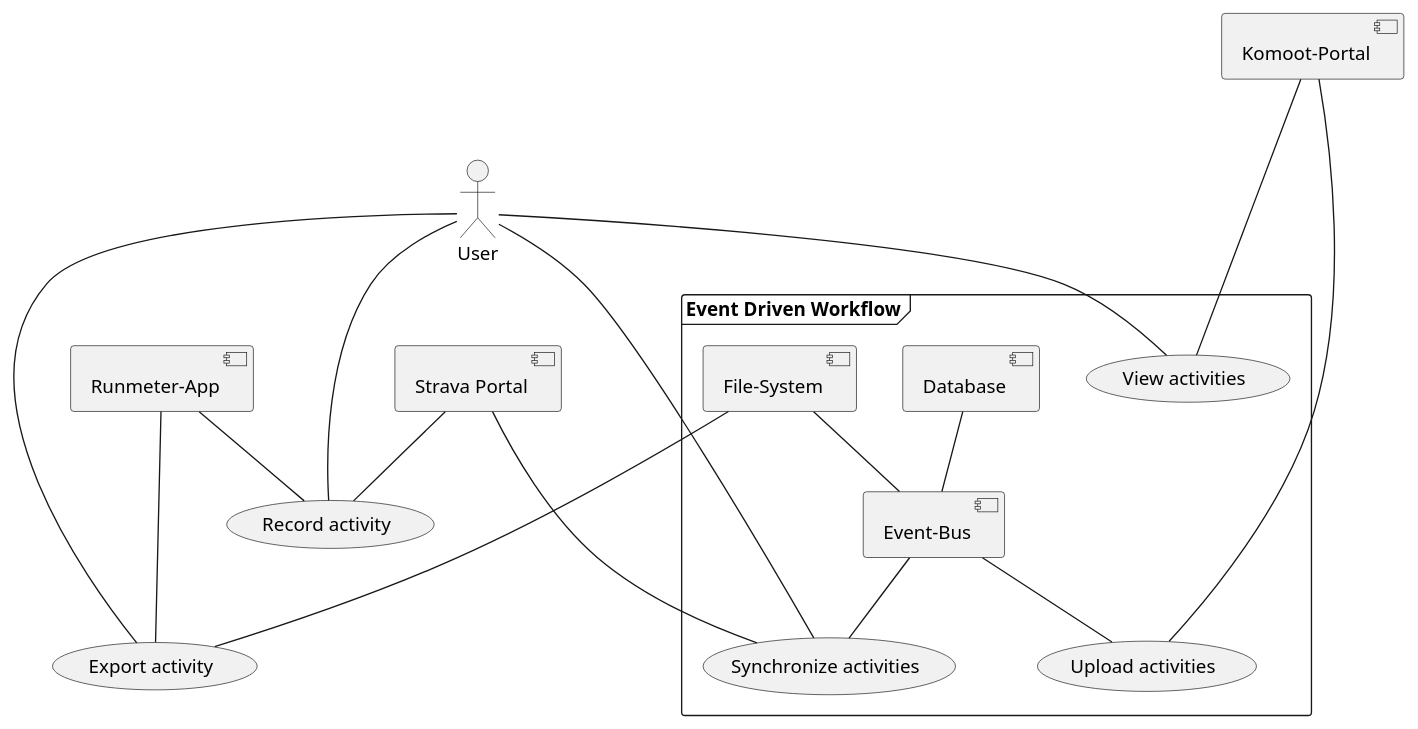
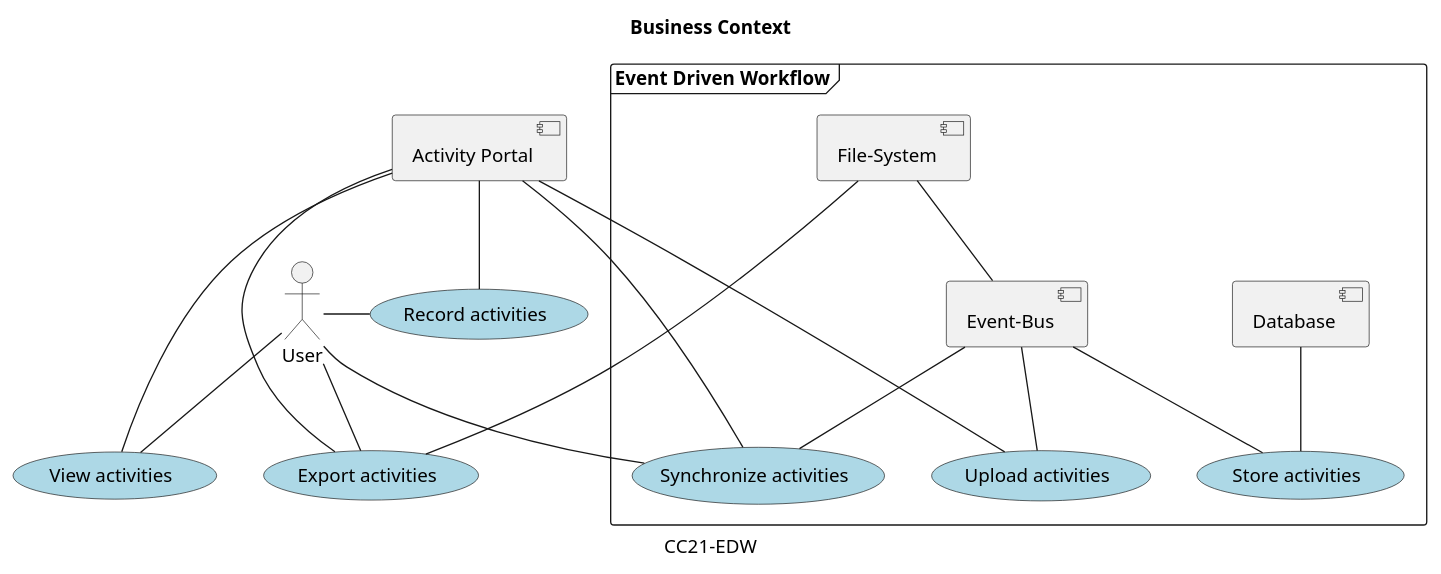
Before and after one commit to CC21-EDW/documentation: the diagram in arc42/03-System Scope and Context/business-context.puml, drawn with PlantUML. The commit also changed 8 other files, not shown here.

```diff
--- a/arc42/03-System Scope and Context/business-context.puml
+++ b/arc42/03-System Scope and Context/business-context.puml
@@ -1,43 +1,46 @@
 @startuml
 'https://plantuml.com/use-case-diagram
 
+caption CC21-EDW
+title Business Context
+
 User as User
-(Record activity) as (Record)
+(View activities) as view #lightblue
+(Export activities) as export #lightblue
+(Record activities) as record #lightblue
 
 frame "Event Driven Workflow"{
-    (Synchronize activities) as (Synchronize)
-    (Upload activities) as (Upload)
-    (View activities) as (View)
+    (Synchronize activities) as synch #lightblue
+    (Upload activities) as upload #lightblue
+    (Store activities) as store #lightblue
 
     [Database] as [DB]
     [Event-Bus] as [Kafka]
     [File-System] as [Files]
 
-    [DB] -- [Kafka]
     [Files] -- [Kafka]
-    [Kafka] -- (Synchronize)
-    [Kafka] -- (Upload)
+    [Kafka] -- synch
+    [Kafka] -- upload
+    [Kafka] -- store
 }
 
-(Export activity) as (Export)
 
-[Runmeter-App] as [Runmeter]
-[Strava Portal] as [Strava]
-[Komoot-Portal] as [Komoot]
+[Activity Portal] as ActivityPortal
 
-User - (Record)
-[Strava] -- (Record)
-[Runmeter] -- (Record)
+User - record
+ActivityPortal -- record
 
-User -- (Synchronize)
-[Strava] -- (Synchronize)
+User -- synch
+ActivityPortal -- synch
 
-User -- (View)
-[Komoot] --- (View)
+User -- view
+ActivityPortal --- view
 
-[Komoot] -- (Upload)
+ActivityPortal -- upload
 
-User - (Export)
-[Runmeter] --- (Export)
-[Files] --- (Export)
+User - export
+ActivityPortal --- export
+Files --- export
+
+DB -- store
 @enduml
```
